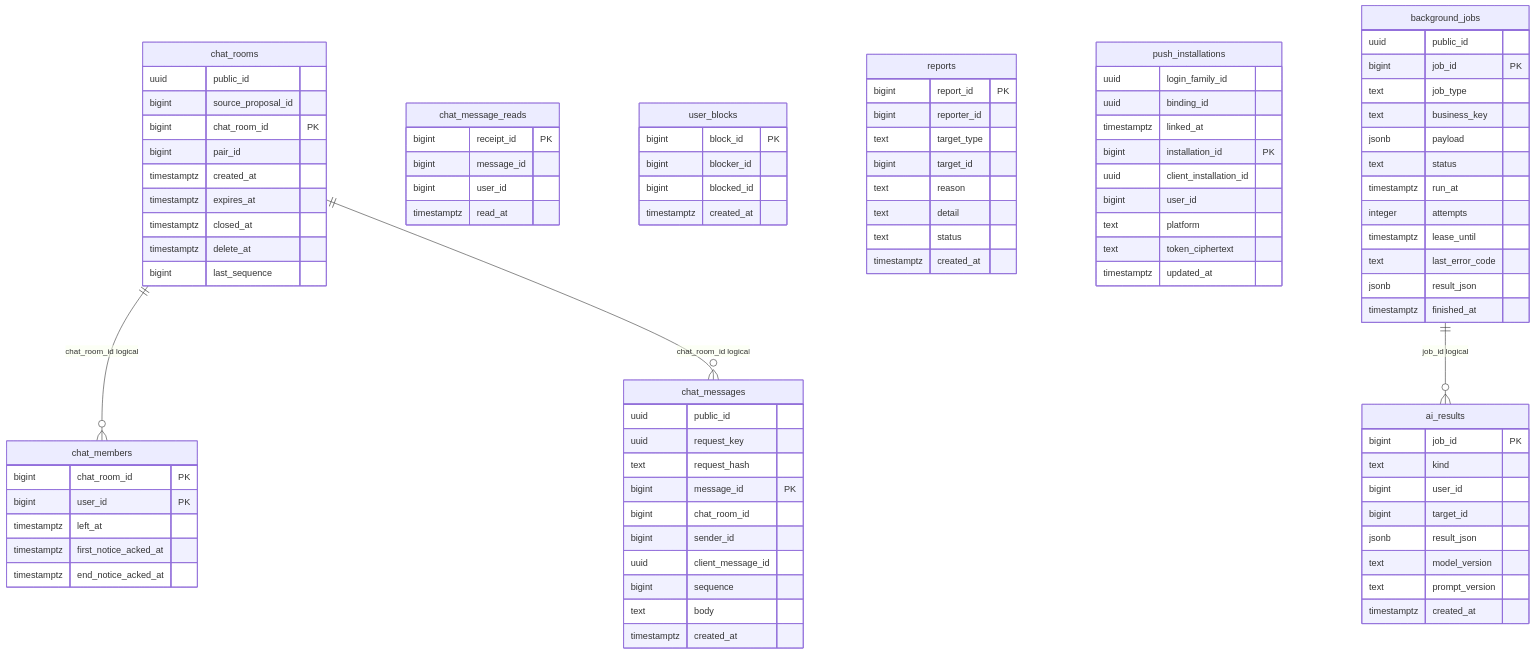
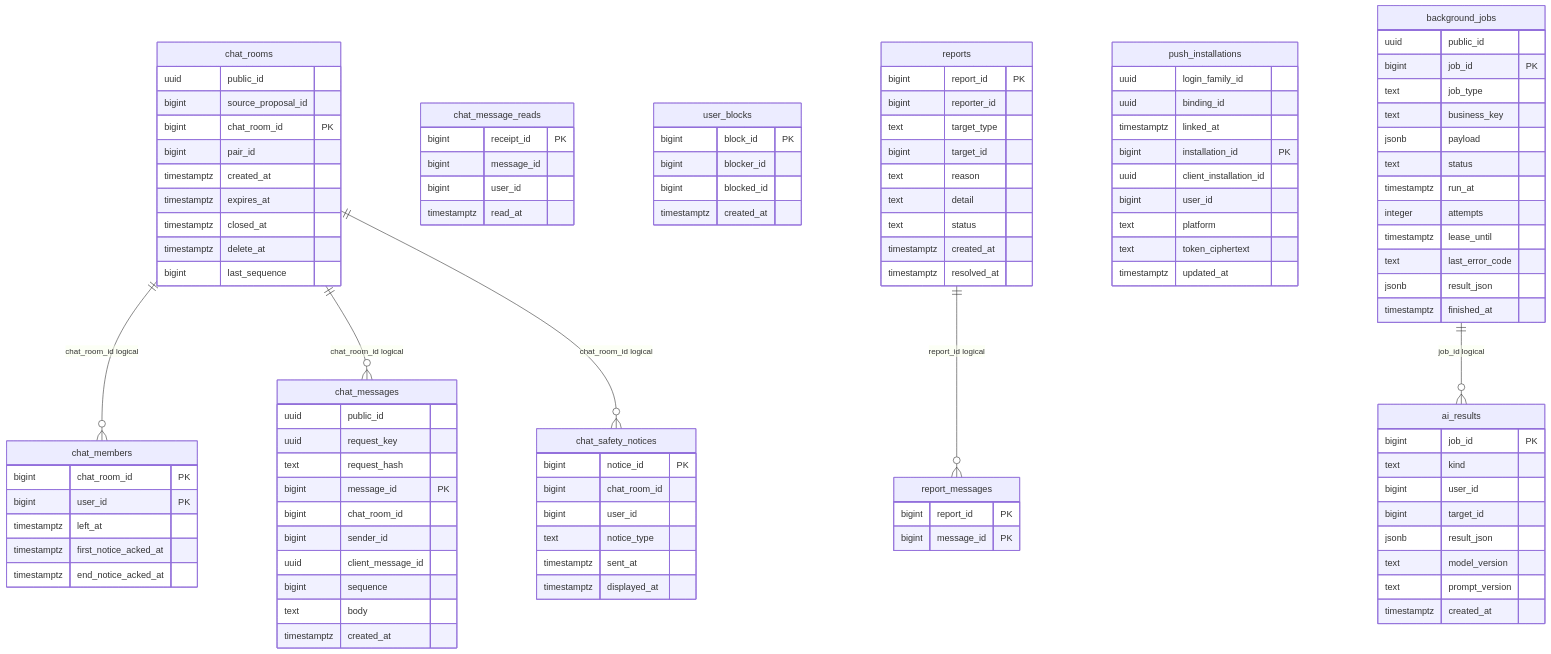
The fourth of 4 diagrams in docs/database/erd.md (j-moo/Tingle), drawn with Mermaid before and after one commit. The commit also changed other lines of this file and 11 other files, not shown here.

Commit message:
docs: 저장소 ERD 문서를 ERDCloud 최신본(25개 테이블·185개 컬럼)에 동기화

````diff
--- a/docs/database/erd.md
+++ b/docs/database/erd.md
@@ -265,6 +280,14 @@
         bigint user_id
         timestamptz read_at
     }
+    chat_safety_notices {
+        bigint notice_id PK
+        bigint chat_room_id
+        bigint user_id
+        text notice_type
+        timestamptz sent_at
+        timestamptz displayed_at
+    }
     user_blocks {
         bigint block_id PK
         bigint blocker_id
@@ -280,6 +303,11 @@
         text detail
         text status
         timestamptz created_at
+        timestamptz resolved_at
+    }
+    report_messages {
+        bigint report_id PK
+        bigint message_id PK
     }
     ai_results {
         bigint job_id PK
@@ -319,4 +347,6 @@
     chat_rooms ||--o{ chat_members : "chat_room_id logical"
     chat_rooms ||--o{ chat_messages : "chat_room_id logical"
     background_jobs ||--o{ ai_results : "job_id logical"
+    reports ||--o{ report_messages : "report_id logical"
+    chat_rooms ||--o{ chat_safety_notices : "chat_room_id logical"
 ```
````
